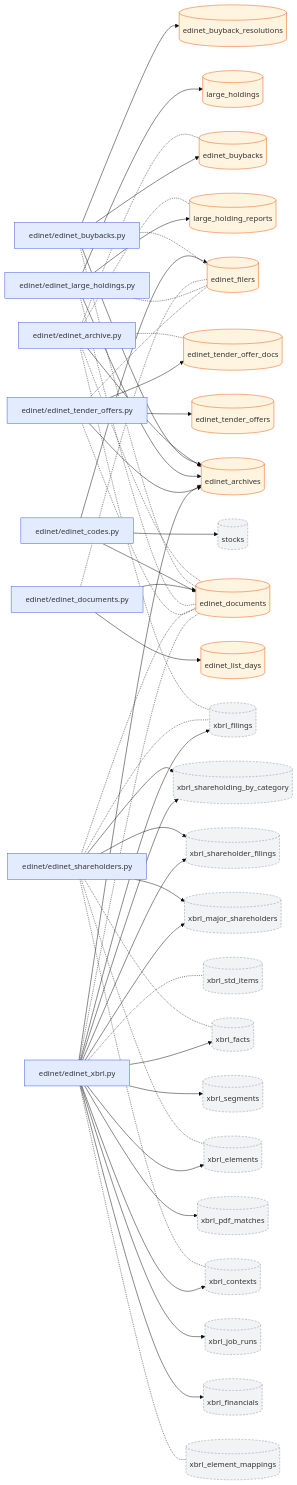
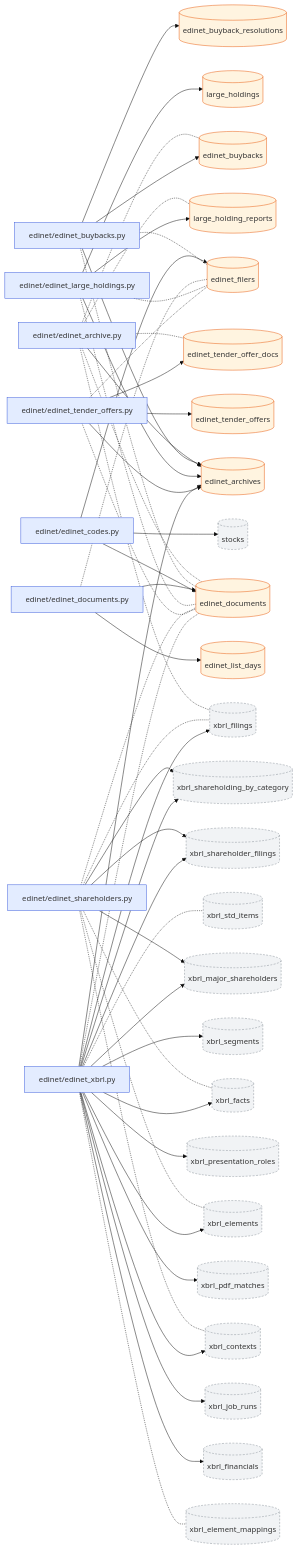
Before and after one commit to pekumirui/stock-analyzer: the first of 2 diagrams in docs/dataflow/edinet.md, drawn with Mermaid (base theme). The commit also changed other lines of this file and 10 other files, not shown here.

```diff
--- a/docs/dataflow/edinet.md
+++ b/docs/dataflow/edinet.md
@@ -36,10 +36,11 @@
   n25[("xbrl_job_runs")]:::ext
   n26[("xbrl_major_shareholders")]:::ext
   n27[("xbrl_pdf_matches")]:::ext
-  n28[("xbrl_segments")]:::ext
-  n29[("xbrl_shareholder_filings")]:::ext
-  n30[("xbrl_shareholding_by_category")]:::ext
-  n31[("xbrl_std_items")]:::ext
+  n28[("xbrl_presentation_roles")]:::ext
+  n29[("xbrl_segments")]:::ext
+  n30[("xbrl_shareholder_filings")]:::ext
+  n31[("xbrl_shareholding_by_category")]:::ext
+  n32[("xbrl_std_items")]:::ext
   n0 --> n8
   n0 -.- n10
   n0 -.- n11
@@ -68,8 +69,8 @@
   n5 -.- n22
   n5 -.- n23
   n5 --> n26
-  n5 --> n29
   n5 --> n30
+  n5 --> n31
   n6 --> n8
   n6 -.- n11
   n6 -.- n12
@@ -89,7 +90,8 @@
   n7 --> n28
   n7 --> n29
   n7 --> n30
-  n7 -.- n31
+  n7 --> n31
+  n7 -.- n32
   classDef job fill:#e3ecff,stroke:#3b5bdb
   classDef api fill:#e6f7ec,stroke:#2b8a3e
   classDef tbl fill:#fff4e0,stroke:#e8590c
```
